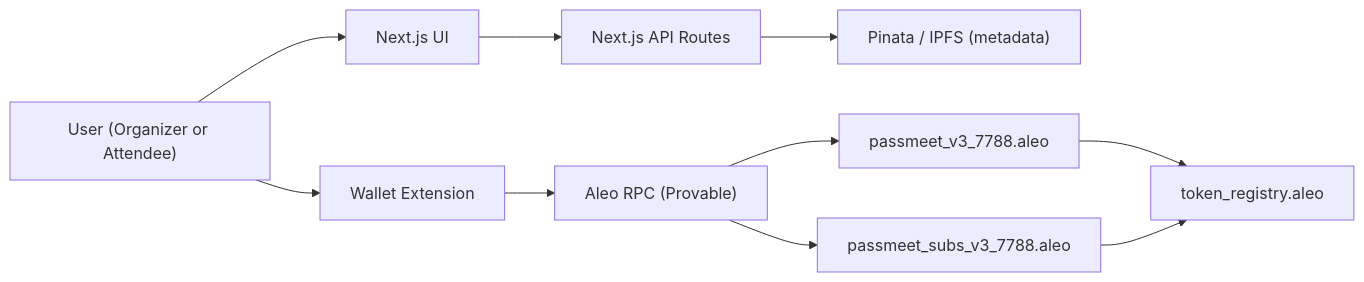
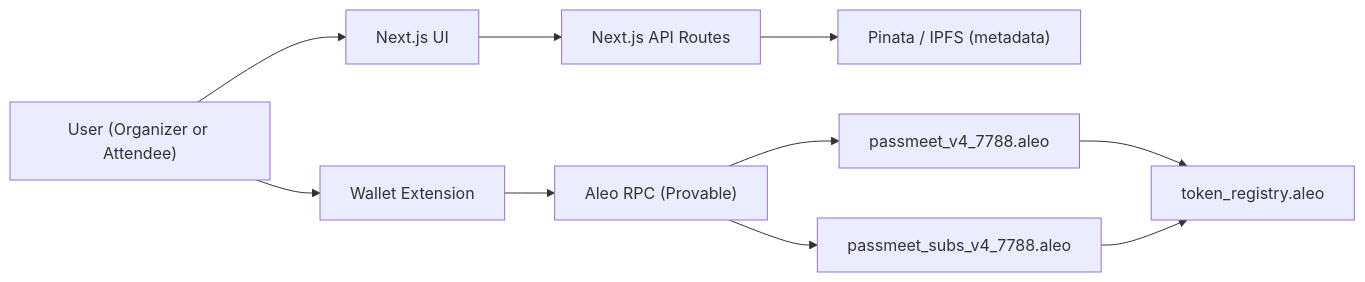
Before and after one commit to gokudragoo/PassMeet: the diagram in README.md, drawn with Mermaid. The commit also changed other lines of this file and 12 other files, not shown here.

````diff
--- a/README.md
+++ b/README.md
@@ -65,12 +65,12 @@
 ```mermaid
 flowchart LR
   U["User (Organizer or Attendee)"] --> W["Wallet Extension"]
   U --> UI["Next.js UI"]
   UI --> API["Next.js API Routes"]
   API --> IPFS["Pinata / IPFS (metadata)"]
   W --> RPC["Aleo RPC (Provable)"]
-  RPC --> A1["passmeet_v3_7788.aleo"]
-  RPC --> A2["passmeet_subs_v3_7788.aleo"]
+  RPC --> A1["passmeet_v4_7788.aleo"]
+  RPC --> A2["passmeet_subs_v4_7788.aleo"]
   A1 --> TR["token_registry.aleo"]
   A2 --> TR
 ```
````
